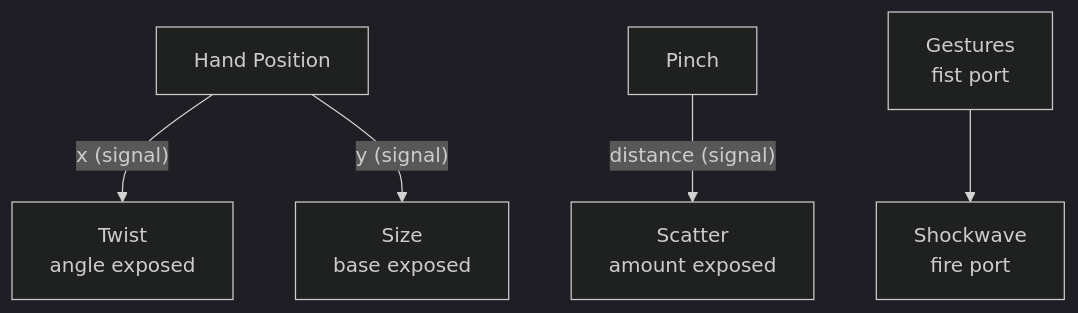
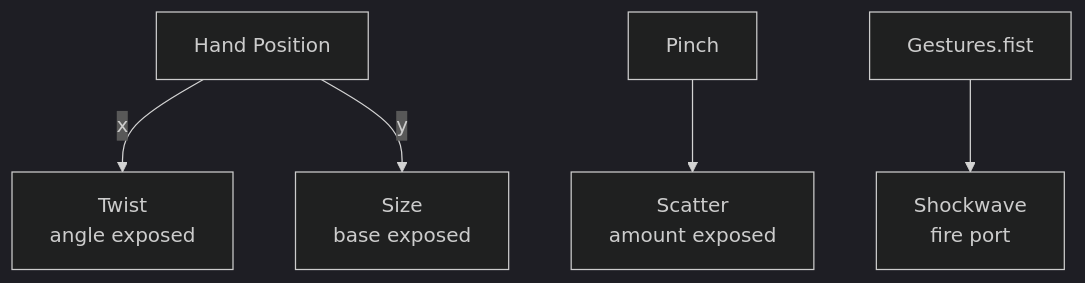
One commit to AristidesAI/Points changed the third of 3 diagrams in docs/integrations.md. Above: the diagram before and after it, drawn with Mermaid (dark theme). The commit also changed other lines of this file and 127 other files, not shown here.

````diff
--- a/docs/integrations.md
+++ b/docs/integrations.md
@@ -199,7 +88,7 @@
 ```mermaid
 graph TD
-    HP[Hand Position] -->|"x (signal)"| TWIST[Twist<br/>angle exposed]
-    HP -->|"y (signal)"| SIZE[Size<br/>base exposed]
-    PINCH[Pinch] -->|"distance (signal)"| SCATTER[Scatter<br/>amount exposed]
-    FIST[Gestures<br/>fist port] --> SW[Shockwave<br/>fire port]
+    hand[Hand Position] -->|x| twist[Twist<br/>angle exposed]
+    hand -->|y| size[Size<br/>base exposed]
+    pinch[Pinch] --> scatter[Scatter<br/>amount exposed]
+    fist[Gestures.fist] --> shockwave[Shockwave<br/>fire port]
 ```
````
